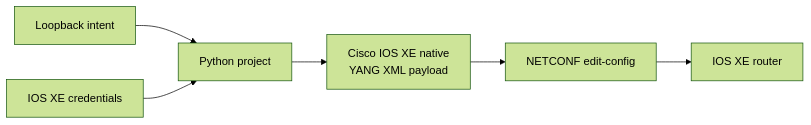
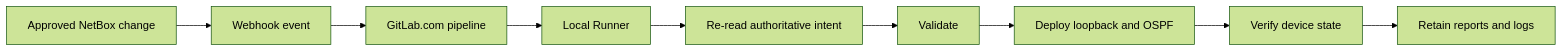
Before and after one commit to tanthanh85/CCNPAUTO: the sixth of 9 diagrams in LAB/README.md, drawn with Mermaid (forest theme). The commit also changed other lines of this file, not shown here.

````diff
--- a/LAB/README.md
+++ b/LAB/README.md
@@ -125,8 +262,11 @@
 ```mermaid
 flowchart LR
-    NetBox["Loopback intent"] --> Project["Python project"]
-    Vault["IOS XE credentials"] --> Project
-    Project --> XML["Cisco IOS XE native<br/>YANG XML payload"]
-    XML --> NETCONF["NETCONF edit-config"]
-    NETCONF --> Router["IOS XE router"]
+    Change["Approved NetBox change"] --> Event["Webhook event"]
+    Event --> GitLab["GitLab.com pipeline"]
+    GitLab --> Runner["Local Runner"]
+    Runner --> Read["Re-read authoritative intent"]
+    Read --> Validate["Validate"]
+    Validate --> Deploy["Deploy loopback and OSPF"]
+    Deploy --> Test["Verify device state"]
+    Test --> Artifacts["Retain reports and logs"]
 ```
````
